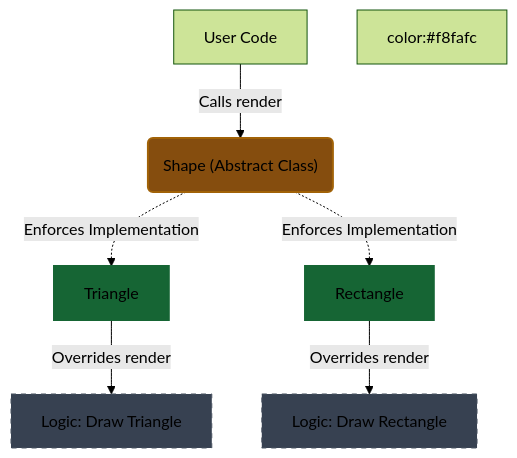
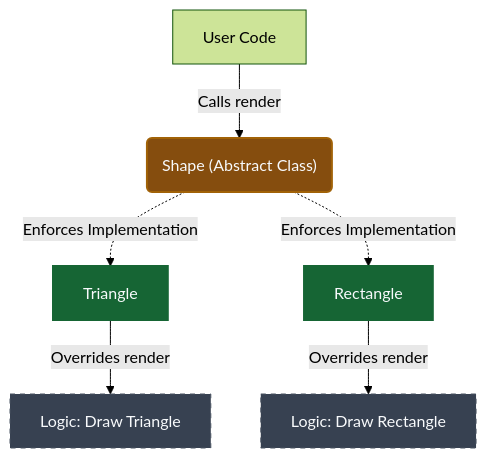
The diagram in _posts/java/06-Polymorphism-다형성/2026-01-04-추상-메서드.md (Kang-Hyesung/kang-hyesung.github.io), drawn with Mermaid (forest theme) before and after one commit. The commit also changed 2 other files, not shown here.

Commit message:
fix: correct mermaid color syntax

````diff
--- a/_posts/java/06-Polymorphism-다형성/2026-01-04-추상-메서드.md
+++ b/_posts/java/06-Polymorphism-다형성/2026-01-04-추상-메서드.md
@@ -21,19 +21,19 @@
 ```mermaid
 graph TD
     A["User Code"] -->|Calls render| B("Shape (Abstract Class)")
     B -.->|Enforces Implementation| C["Triangle"]
     B -.->|Enforces Implementation| D["Rectangle"]
     
     C -->|Overrides render| E["Logic: Draw Triangle"]
     D -->|Overrides render| F["Logic: Draw Rectangle"]
 
     %% 스타일 정의
-    classDef abstract fill:#854d0e,stroke:#a16207,stroke-width:2px;color:#f8fafc;
-    classDef concrete fill:#166534,stroke:#166534,stroke-width:2px;color:#f8fafc;
-    classDef logic fill:#374151,stroke:#4b5563,stroke-dasharray: 5 5;color:#f8fafc;
+    classDef abstract fill:#854d0e,stroke:#a16207,stroke-width:2px,color:#f8fafc;
+    classDef concrete fill:#166534,stroke:#166534,stroke-width:2px,color:#f8fafc;
+    classDef logic fill:#374151,stroke:#4b5563,stroke-dasharray: 5 5,color:#f8fafc;
 
     class B abstract;
     class C,D concrete;
     class E,F logic;
 
 ```
````
